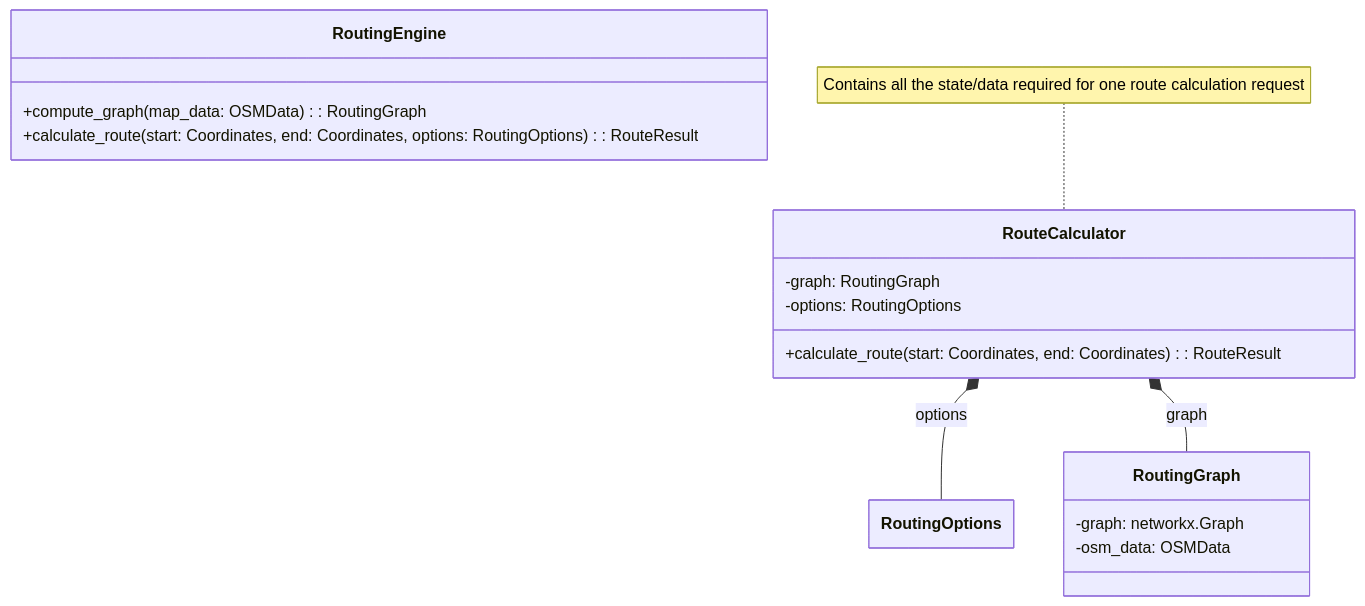
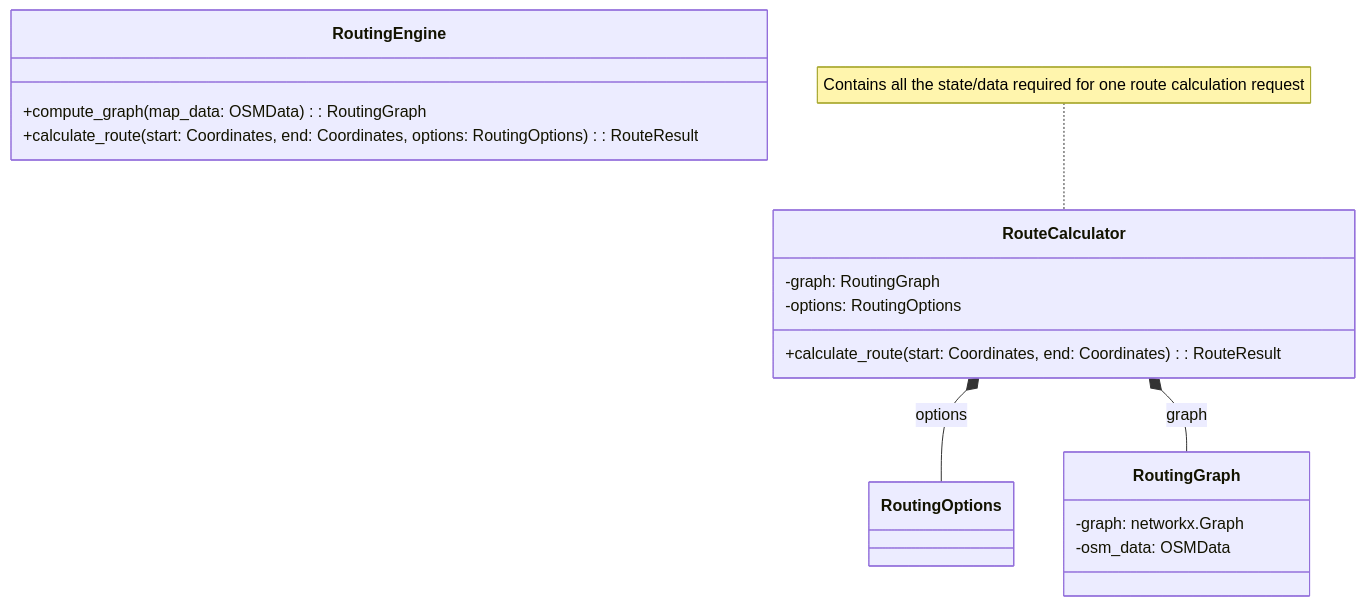
The sixth of 6 diagrams in docs/readme.md (RandomSearch18/a-level-project), drawn with Mermaid before and after one commit.

Commit message:
Class diagrams for routing: Slight clean up

````diff
--- a/docs/readme.md
+++ b/docs/readme.md
@@ -1245,32 +1245,25 @@
 ```mermaid
----
-  config:
-    class:
-      hideEmptyMembersBox: true
----
 classDiagram
 direction TB
 class RoutingGraph {
   -graph: networkx.Graph
   -osm_data: OSMData
 }
 
 class RoutingOptions
 %% TODO RoutingOptions
-
-
 
 RouteCalculator *-- RoutingOptions : options
 RouteCalculator *-- RoutingGraph : graph
 class RouteCalculator {
   -graph: RoutingGraph
   -options: RoutingOptions
   +calculate_route(start: Coordinates, end: Coordinates): RouteResult
 }
 note for RouteCalculator "Contains all the state/data required for one route calculation request"
 
 class RoutingEngine {
   +compute_graph(map_data: OSMData): RoutingGraph
   +calculate_route(start: Coordinates, end: Coordinates, options: RoutingOptions): RouteResult
 }
 ```
````
